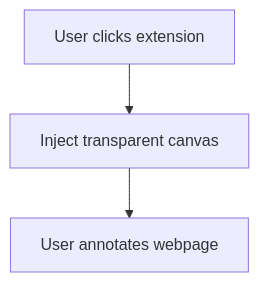
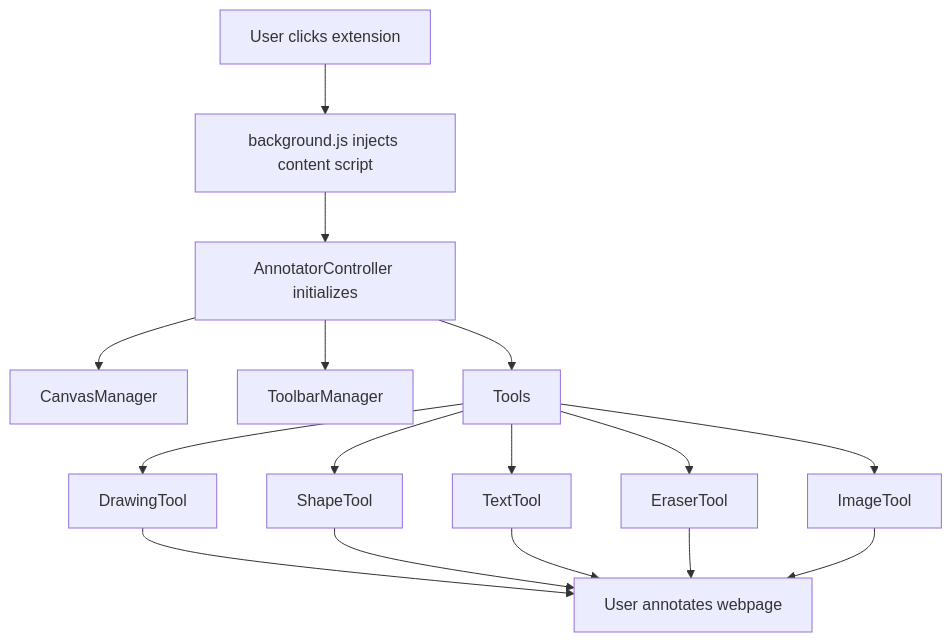
The diagram in docs/spec.md (swiftugandan/web-annotator), drawn with Mermaid before and after one commit. The commit also changed other lines of this file and 5 other files, not shown here.

First line of the commit message:
Enhance documentation and project structure for Transparent Screenshot Annotator

````diff
--- a/docs/spec.md
+++ b/docs/spec.md
@@ -16,5 +25,8 @@
 ```mermaid
 flowchart TD
-    A[User clicks extension] --> B[Inject transparent canvas]
-    B --> C[User annotates webpage]
+    A[User clicks extension] --> B[background.js injects content script]
+    B --> C[AnnotatorController initializes]
+    C --> D1[CanvasManager] & D2[ToolbarManager] & D3[Tools]
+    D3 --> E1[DrawingTool] & E2[ShapeTool] & E3[TextTool] & E4[EraserTool] & E5[ImageTool]
+    E1 & E2 & E3 & E4 & E5 --> F[User annotates webpage]
 ```
````
